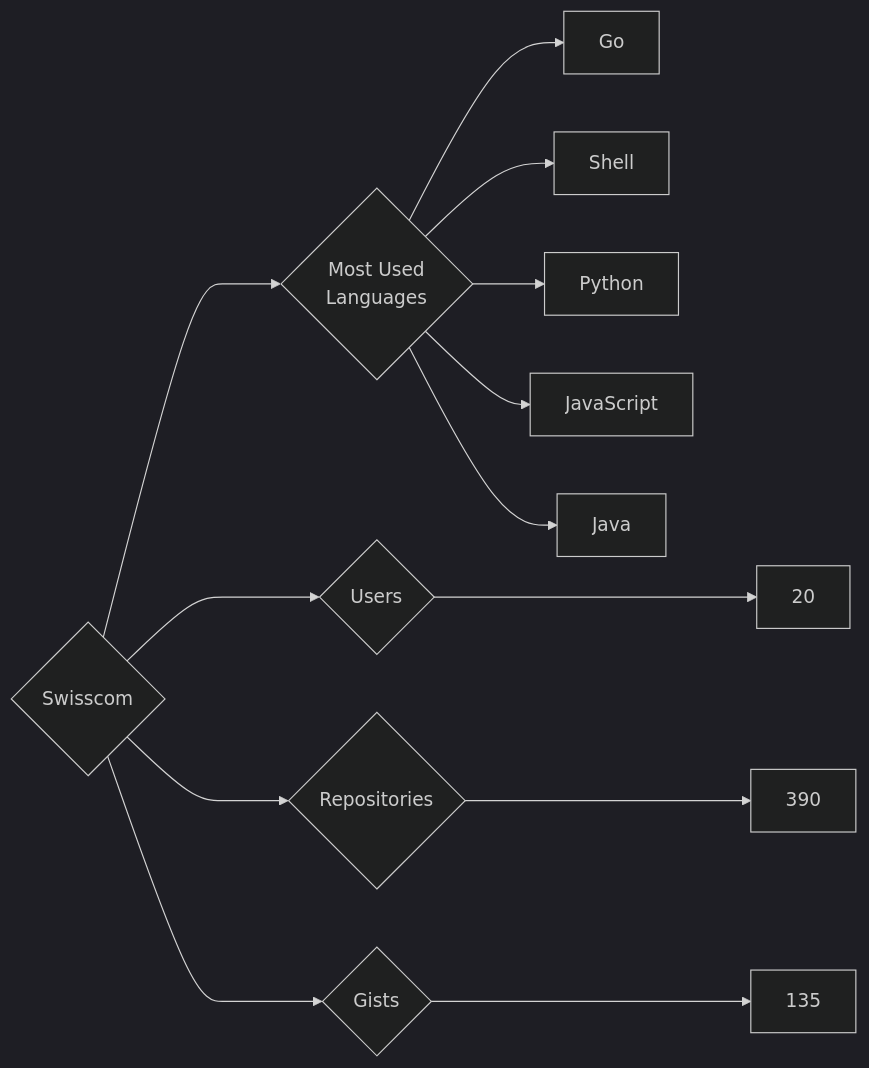
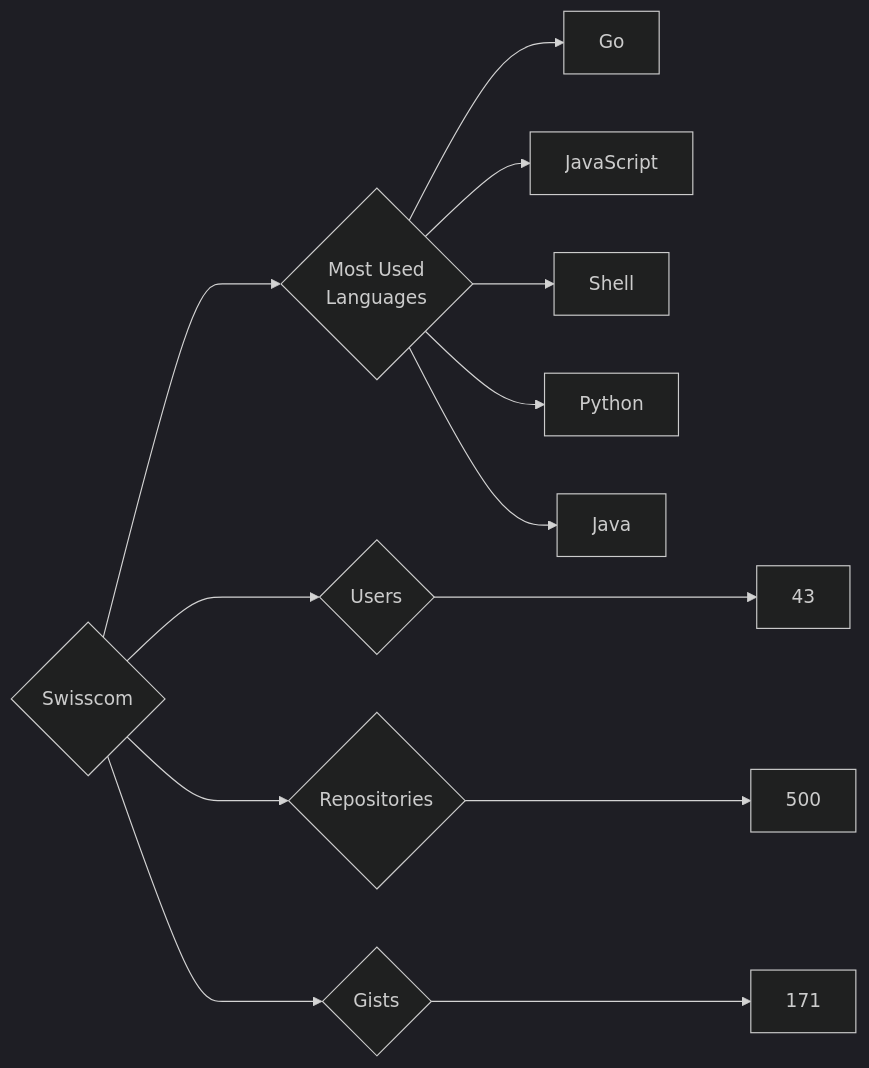
Before and after one commit to trickest/insiders: the diagram in targets/Swisscom/README.md, drawn with Mermaid (dark theme). The commit also changed 928 other files, not shown here.

````diff
--- a/targets/Swisscom/README.md
+++ b/targets/Swisscom/README.md
@@ -3,13 +3,13 @@
 ```mermaid
 graph LR
 COMPANY_NAME{Swisscom}
-COMPANY_NAME ---> U{Users} ---> UN[20]
-COMPANY_NAME ---> R{Repositories} ---> RN[390]
-COMPANY_NAME ---> G{Gists} ---> GN[135]
+COMPANY_NAME ---> U{Users} ---> UN[43]
+COMPANY_NAME ---> R{Repositories} ---> RN[500]
+COMPANY_NAME ---> G{Gists} ---> GN[171]
 COMPANY_NAME ---> ML{Most Used<br>Languages}
 ML --> Go[Go]
+ML --> JavaScript[JavaScript]
 ML --> Shell[Shell]
 ML --> Python[Python]
-ML --> JavaScript[JavaScript]
 ML --> Java[Java]
 ```
````
